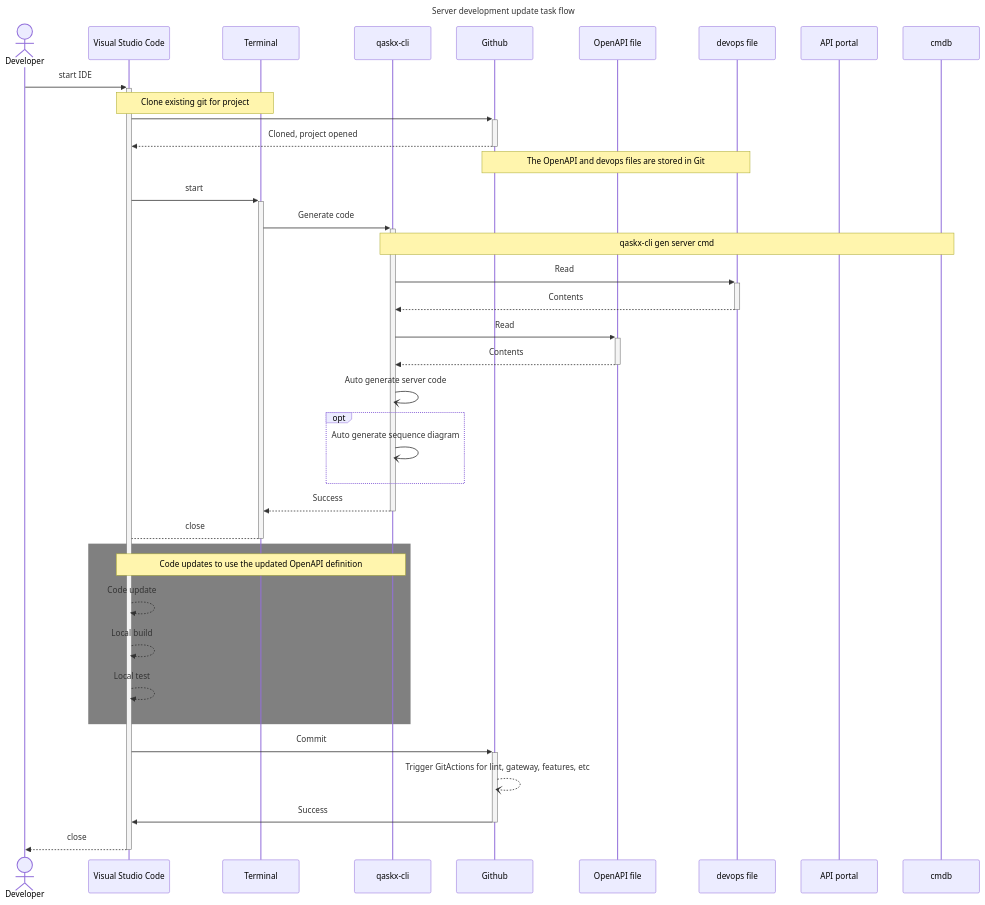
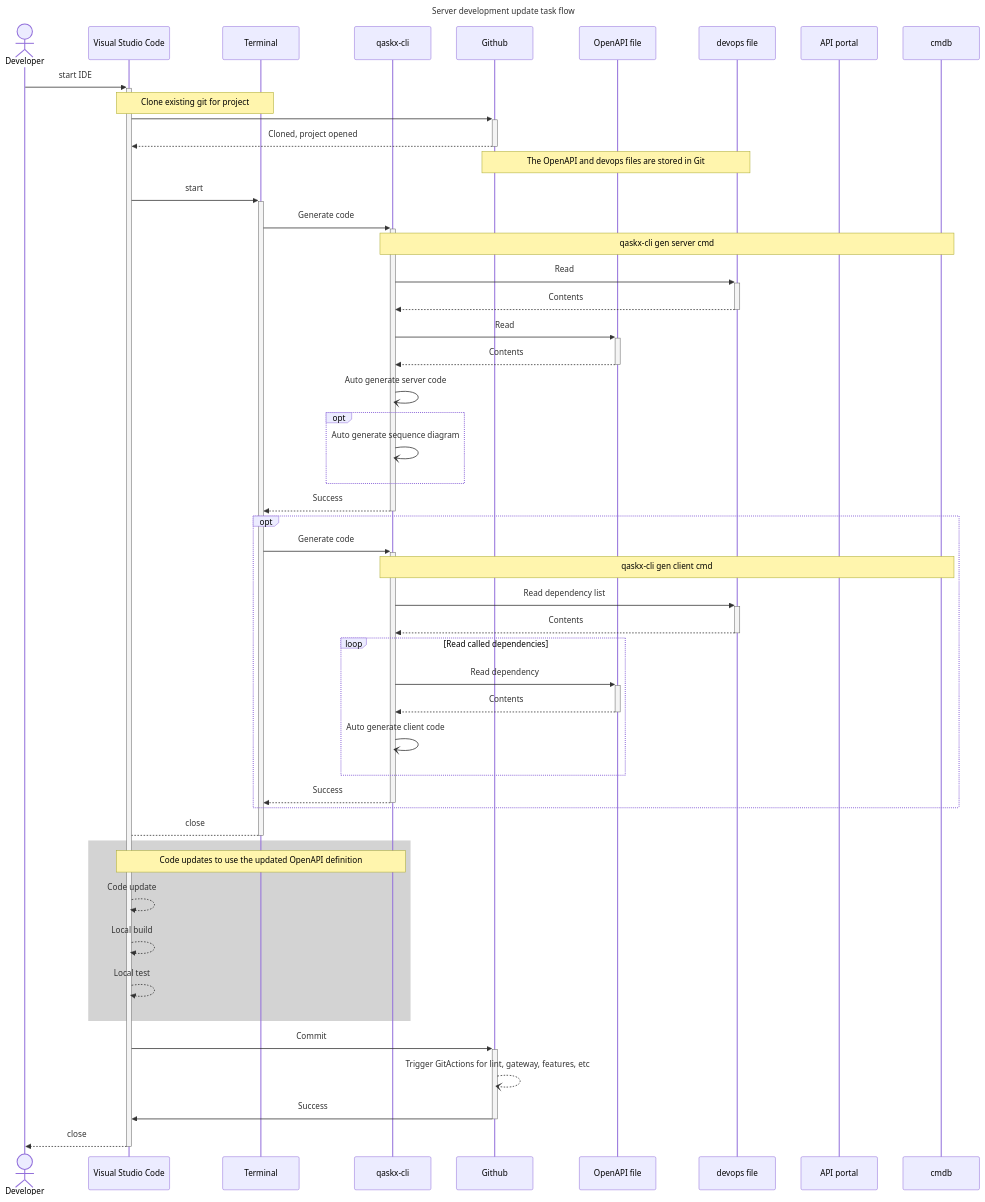
One commit to meerkat-manor/rediOps changed the second of 3 diagrams in docs/developer_update.md. Above: the diagram before and after it, drawn with Mermaid. The commit also changed other lines of this file and 2 other files, not shown here.

Commit message:
Recognise server can be client

````diff
--- a/docs/developer_update.md
+++ b/docs/developer_update.md
@@ -48,55 +51,70 @@
 ```mermaid
 ---
 title: Server development update task flow
 ---
 sequenceDiagram
 
     actor dev as Developer
     participant vsc as Visual Studio Code
     participant term as Terminal
     participant qaskx as qaskx-cli
     participant git as Github
     link git: GitHub @ https://github.com/meerkat-manor/devops
     participant oas3f as OpenAPI file
     participant devops as devops file
     participant apip as API portal
 
     dev ->>+ vsc: start IDE
 
     Note over vsc, term: Clone existing git for project
     vsc ->>+ git : 
     git -->>- vsc : Cloned, project opened
 
     Note over git, devops: The OpenAPI and devops files are stored in Git
 
     vsc ->>+ term: start
 
     term ->>+ qaskx: Generate code
     Note over qaskx, cmdb: qaskx-cli gen server cmd
     qaskx ->>+ devops: Read 
     devops -->>- qaskx: Contents
 
     qaskx ->>+ oas3f: Read 
     oas3f -->>- qaskx: Contents
     qaskx -) qaskx: Auto generate server code
     opt
     qaskx -) qaskx: Auto generate sequence diagram
     end
     qaskx -->>- term: Success
 
+    opt
+
+    term ->>+ qaskx: Generate code
+    Note over qaskx, cmdb: qaskx-cli gen client cmd
+    qaskx ->>+ devops: Read dependency list
+    devops -->>- qaskx: Contents
+    loop Read called dependencies
+    qaskx ->>+ oas3f: Read dependency
+    oas3f -->>- qaskx: Contents
+    qaskx -) qaskx: Auto generate client code
+    end
+    qaskx -->>- term: Success
+
+    end
+
     term -->- vsc: close
 
-    rect grey
+    rect lightgrey
     Note over vsc, qaskx: Code updates to use the updated OpenAPI definition
     vsc -->> vsc: Code update
     vsc -->> vsc: Local build
     vsc -->> vsc: Local test
     end
-    
+
     vsc ->>+ git: Commit
     git --) git: Trigger GitActions for lint, gateway, features, etc 
     git ->>- vsc: Success
 
     vsc -->>- dev: close
 
 ```
````
